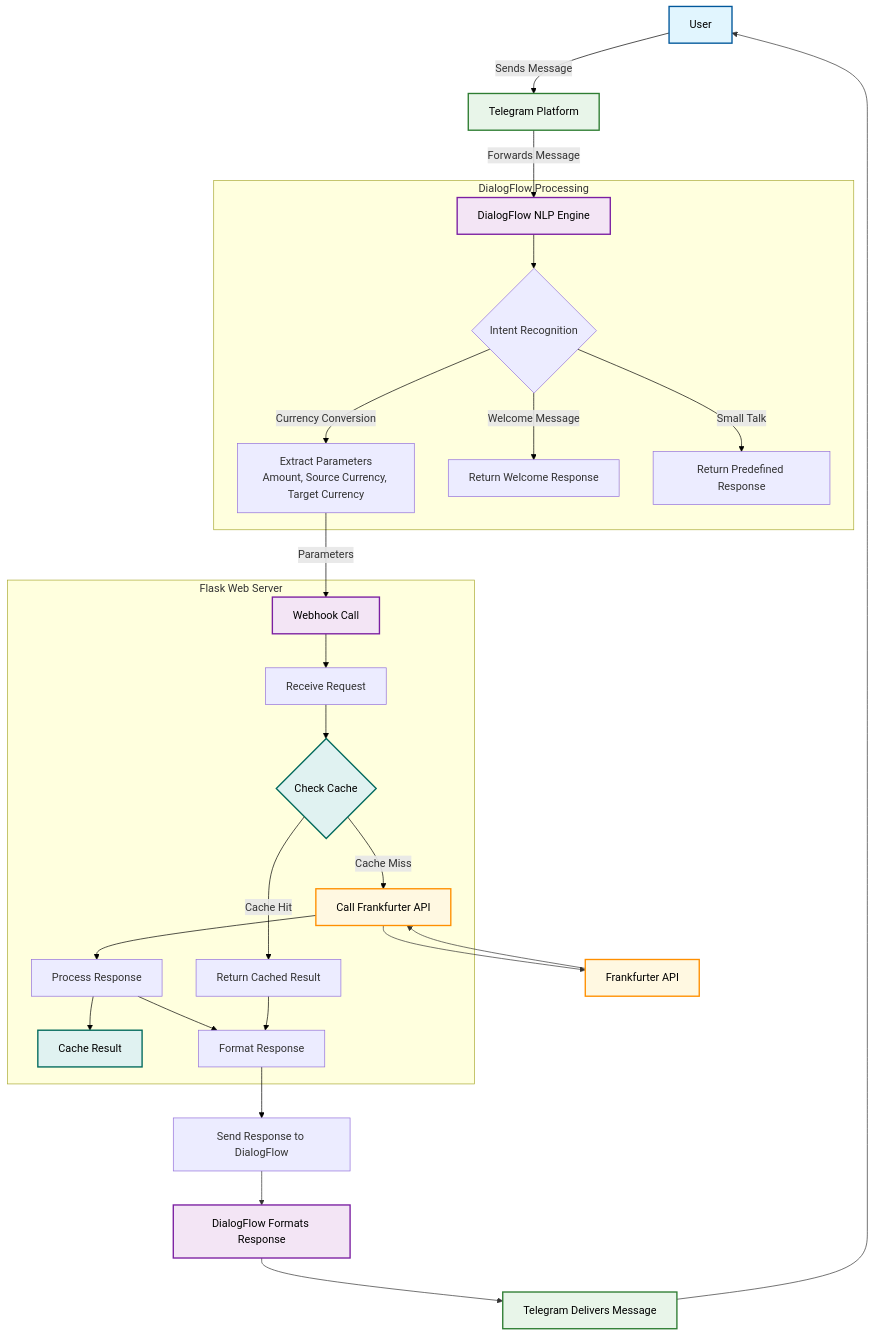
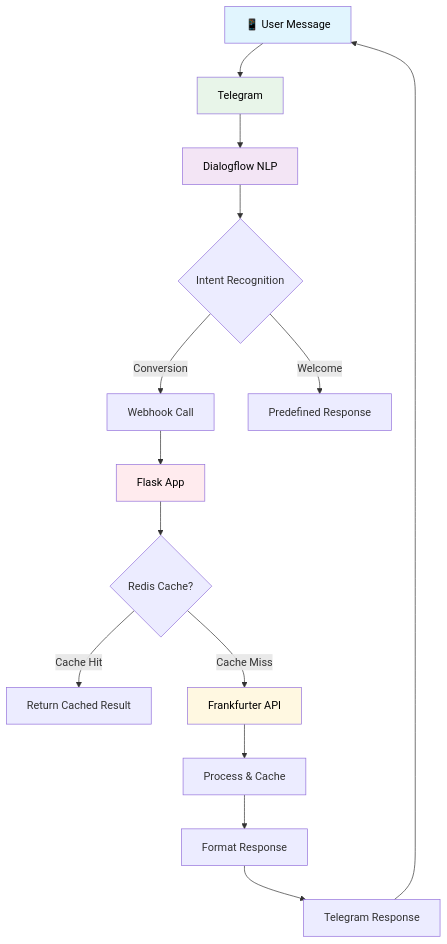
The diagram in README.md (Dibyendu17122003/Currency-Converter-Chatbot-Telegram-Dialogflow), drawn with Mermaid before and after one commit. The commit also changed other lines of this file, not shown here.

````diff
--- a/README.md
+++ b/README.md
@@ -116,52 +275,22 @@
 ```mermaid
 flowchart TD
-    %% Style Definitions
-    classDef user fill:#E1F5FE,stroke:#01579B,stroke-width:2px,color:#000000
-    classDef telegram fill:#E8F5E9,stroke:#2E7D32,stroke-width:2px,color:#000000
-    classDef dialogflow fill:#F3E5F5,stroke:#7B1FA2,stroke-width:2px,color:#000000
-    classDef flask fill:#FFEBEE,stroke:#C62828,stroke-width:2px,color:#000000
-    classDef api fill:#FFF8E1,stroke:#FF8F00,stroke-width:2px,color:#000000
-    classDef cache fill:#E0F2F1,stroke:#00695C,stroke-width:2px,color:#000000
-    classDef database fill:#ECEFF1,stroke:#455A64,stroke-width:2px,color:#000000
-
-    %% User Interaction Section
-    A[User]:::user -->|Sends Message| B[Telegram Platform]:::telegram
+    A[📱 User Message] --> B[Telegram]
+    B --> C[Dialogflow NLP]
+    C --> D{Intent Recognition}
+    D -->|Conversion| E[Webhook Call]
+    D -->|Welcome| F[Predefined Response]
+    E --> G[Flask App]
+    G --> H{Redis Cache?}
+    H -->|Cache Hit| I[Return Cached Result]
+    H -->|Cache Miss| J[Frankfurter API]
+    J --> K[Process & Cache]
+    K --> L[Format Response]
+    L --> M[Telegram Response]
+    M --> A
     
-    %% Telegram to DialogFlow
-    B -->|Forwards Message| C[DialogFlow NLP Engine]:::dialogflow
-    
-    %% DialogFlow Processing
-    subgraph DialogFlow_Processing [DialogFlow Processing]
-        C --> D{Intent Recognition}
-        D -->|Currency Conversion| E[Extract Parameters<br>Amount, Source Currency, Target Currency]
-        D -->|Welcome Message| F[Return Welcome Response]
-        D -->|Small Talk| G[Return Predefined Response]
-    end
-    
-    E -->|Parameters| H[Webhook Call]:::dialogflow
-    
-    %% Flask Application
-    subgraph Flask_Application [Flask Web Server]
-        H --> I[Receive Request]
-        I --> J{Check Cache}:::cache
-        J -->|Cache Hit| K[Return Cached Result]
-        J -->|Cache Miss| L[Call Frankfurter API]:::api
-        L --> M[Process Response]
-        M --> N[Cache Result]:::cache
-        M --> O[Format Response]
-    end
-    
-    %% Response Flow
-    K --> O
-    O --> P[Send Response to DialogFlow]
-    P --> Q[DialogFlow Formats Response]:::dialogflow
-    Q --> R[Telegram Delivers Message]:::telegram
-    R --> A
-
-    %% API Connection
-    L --> S[Frankfurter API]:::api
-    S --> L
-
-    %% Style Application
-    linkStyle 0,1,2,3,4,5,6,7,8,9,10,11,12,13,14,15 stroke:#000,stroke-width:1px
+    style A fill:#E1F5FE,color:#000
+    style B fill:#E8F5E9,color:#000
+    style C fill:#F3E5F5,color:#000
+    style G fill:#FFEBEE,color:#000
+    style J fill:#FFF8E1,color:#000
 ```
````
